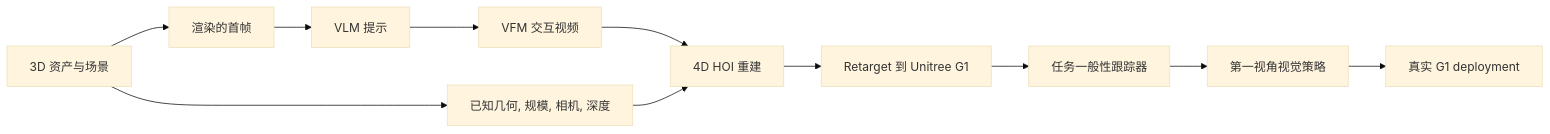
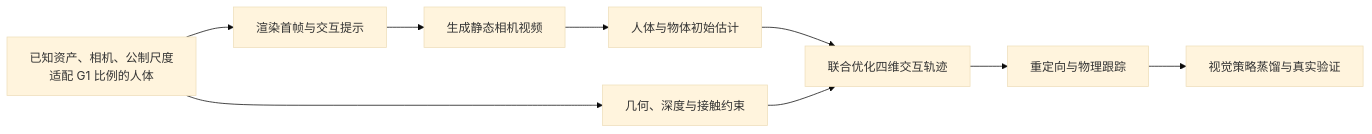
One commit to niuverse/llm-wiki changed the diagram in wiki/sources/grail-generating-humanoid-loco-manipulation-from-3d-assets-and-video-priors.md. Above: the diagram before and after it, drawn with Mermaid (base theme). The commit also changed other lines of this file and 317 other files, not shown here.

````diff
--- a/wiki/sources/grail-generating-humanoid-loco-manipulation-from-3d-assets-and-video-priors.md
+++ b/wiki/sources/grail-generating-humanoid-loco-manipulation-from-3d-assets-and-video-priors.md
@@ -54,13 +31,11 @@
 ```mermaid
 flowchart LR
-  A["3D 资产与场景"] --> B["渲染的首帧"]
-  B --> C["VLM 提示"]
-  C --> D["VFM 交互视频"]
-  A --> E["已知几何, 规模, 相机, 深度"]
-  D --> F["4D HOI 重建"]
+  A["已知资产、相机、公制尺度<br/>适配 G1 比例的人体"] --> B["渲染首帧与交互提示"]
+  B --> C["生成静态相机视频"]
+  C --> D["人体与物体初始估计"]
+  A --> E["几何、深度与接触约束"]
+  D --> F["联合优化四维交互轨迹"]
   E --> F
-  F --> G["Retarget 到 Unitree G1"]
-  G --> H["任务一般性跟踪器"]
-  H --> I["第一视角视觉策略"]
-  I --> J["真实 G1 deployment"]
+  F --> G["重定向与物理跟踪"]
+  G --> H["视觉策略蒸馏与真实验证"]
 ```
````
